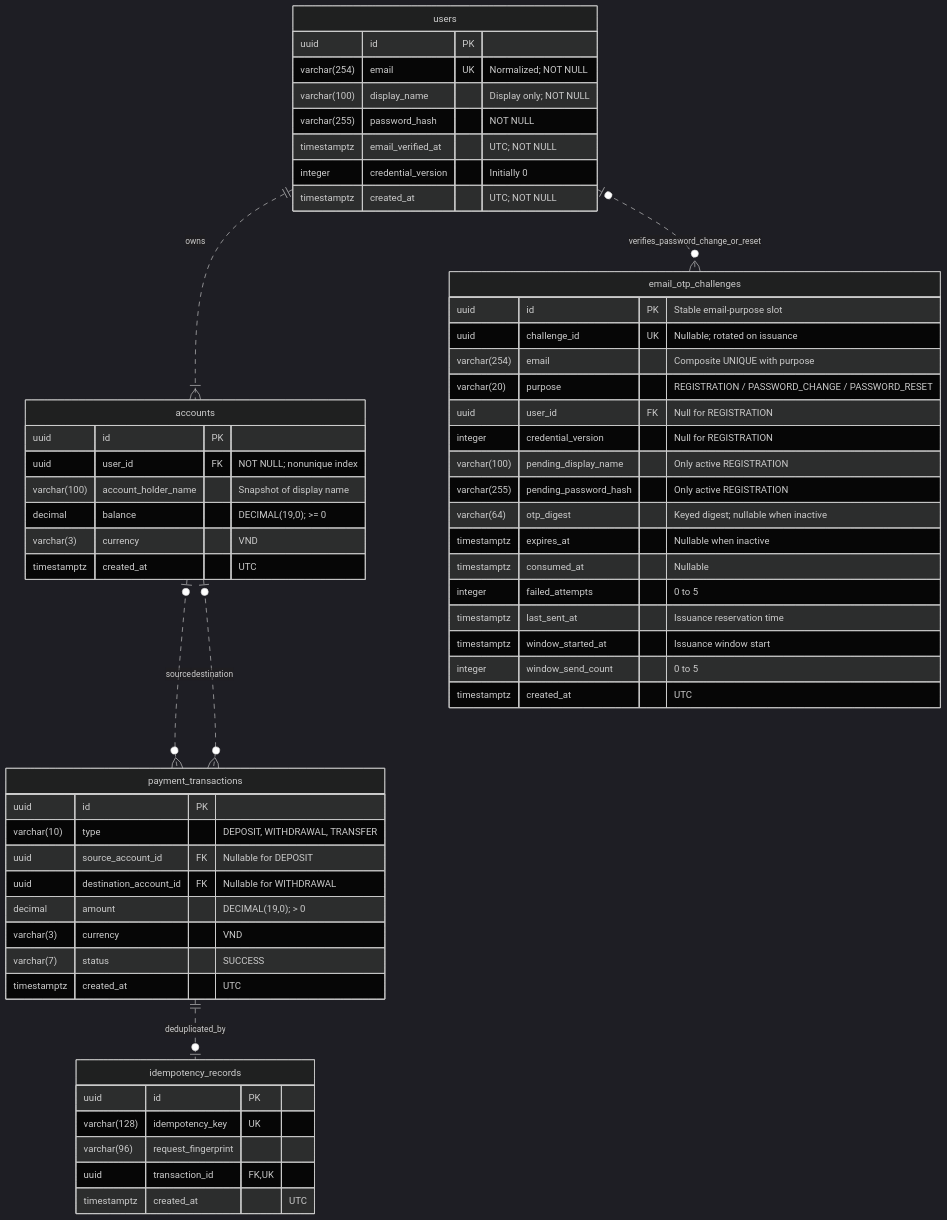
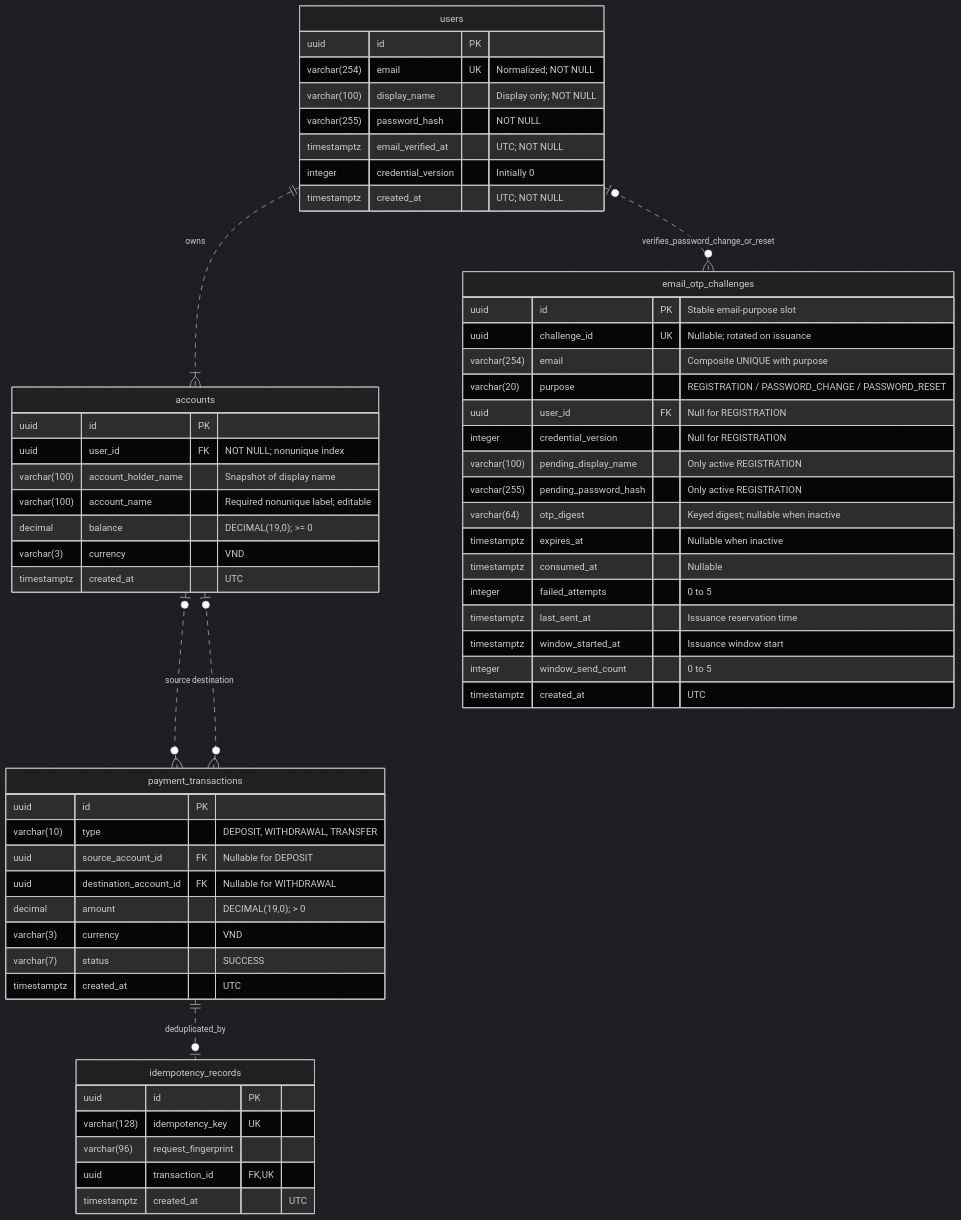
Before and after one commit to minh14122004/java-payment-processing-system: the diagram in docs/database-erd.md, drawn with Mermaid (dark theme). The commit also changed other lines of this file and 25 other files, not shown here.

Commit message:
add: add feature create bank acocunt, change name bank account

````diff
--- a/docs/database-erd.md
+++ b/docs/database-erd.md
@@ -5,65 +5,66 @@
 ```mermaid
 erDiagram
     users ||..|{ accounts : owns
     accounts o|..o{ payment_transactions : source
     accounts o|..o{ payment_transactions : destination
     payment_transactions ||..o| idempotency_records : deduplicated_by
     users o|..o{ email_otp_challenges : verifies_password_change_or_reset
 
     users {
         uuid id PK
         varchar(254) email UK "Normalized; NOT NULL"
         varchar(100) display_name "Display only; NOT NULL"
         varchar(255) password_hash "NOT NULL"
         timestamptz email_verified_at "UTC; NOT NULL"
         integer credential_version "Initially 0"
         timestamptz created_at "UTC; NOT NULL"
     }
 
     accounts {
         uuid id PK
         uuid user_id FK "NOT NULL; nonunique index"
         varchar(100) account_holder_name "Snapshot of display name"
+        varchar(100) account_name "Required nonunique label; editable"
         decimal balance "DECIMAL(19,0); >= 0"
         varchar(3) currency "VND"
         timestamptz created_at "UTC"
     }
 
     payment_transactions {
         uuid id PK
         varchar(10) type "DEPOSIT, WITHDRAWAL, TRANSFER"
         uuid source_account_id FK "Nullable for DEPOSIT"
         uuid destination_account_id FK "Nullable for WITHDRAWAL"
         decimal amount "DECIMAL(19,0); > 0"
         varchar(3) currency "VND"
         varchar(7) status "SUCCESS"
         timestamptz created_at "UTC"
     }
 
     idempotency_records {
         uuid id PK
         varchar(128) idempotency_key UK
         varchar(96) request_fingerprint
         uuid transaction_id FK, UK
         timestamptz created_at "UTC"
     }
 
     email_otp_challenges {
         uuid id PK "Stable email-purpose slot"
         uuid challenge_id UK "Nullable; rotated on issuance"
         varchar(254) email "Composite UNIQUE with purpose"
         varchar(20) purpose "REGISTRATION / PASSWORD_CHANGE / PASSWORD_RESET"
         uuid user_id FK "Null for REGISTRATION"
         integer credential_version "Null for REGISTRATION"
         varchar(100) pending_display_name "Only active REGISTRATION"
         varchar(255) pending_password_hash "Only active REGISTRATION"
         varchar(64) otp_digest "Keyed digest; nullable when inactive"
         timestamptz expires_at "Nullable when inactive"
         timestamptz consumed_at "Nullable"
         integer failed_attempts "0 to 5"
         timestamptz last_sent_at "Issuance reservation time"
         timestamptz window_started_at "Issuance window start"
         integer window_send_count "0 to 5"
         timestamptz created_at "UTC"
     }
 ```
````
